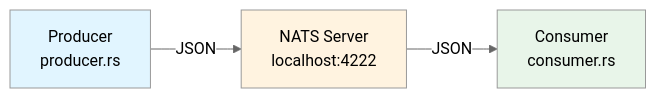
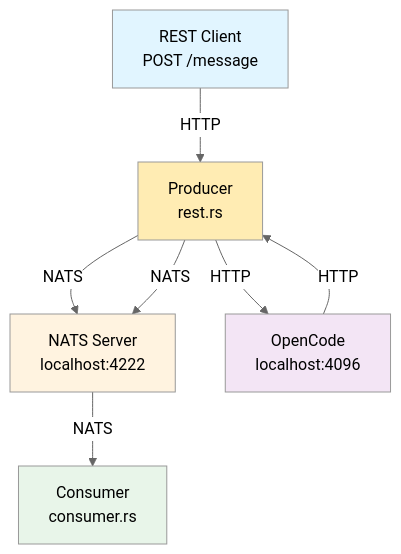
One commit to Daniel-Dos/rust-ai changed the first of 2 diagrams in README.md. Above: the diagram before and after it, drawn with Mermaid (neutral theme). The commit also changed other lines of this file and 12 other files, not shown here.

````diff
--- a/README.md
+++ b/README.md
@@ -34,9 +28,15 @@
 ```mermaid
-graph LR
-    A[Producer<br/>producer.rs] -->|JSON| B[NATS Server<br/>localhost:4222]
-    B -->|JSON| C[Consumer<br/>consumer.rs]
+graph TB
+    A[REST Client<br/>POST /message] -->|HTTP| B[Producer<br/>rest.rs]
+    B -->|NATS| C[NATS Server<br/>localhost:4222]
+    C -->|NATS| D[Consumer<br/>consumer.rs]
+    B -->|HTTP| E[OpenCode<br/>localhost:4096]
+    E -->|HTTP| B
+    B -->|NATS| C
     
     style A fill:#e1f5ff
-    style B fill:#fff3e0
-    style C fill:#e8f5e9
+    style B fill:#ffecb3
+    style C fill:#fff3e0
+    style D fill:#e8f5e9
+    style E fill:#f3e5f5
 ```
````
